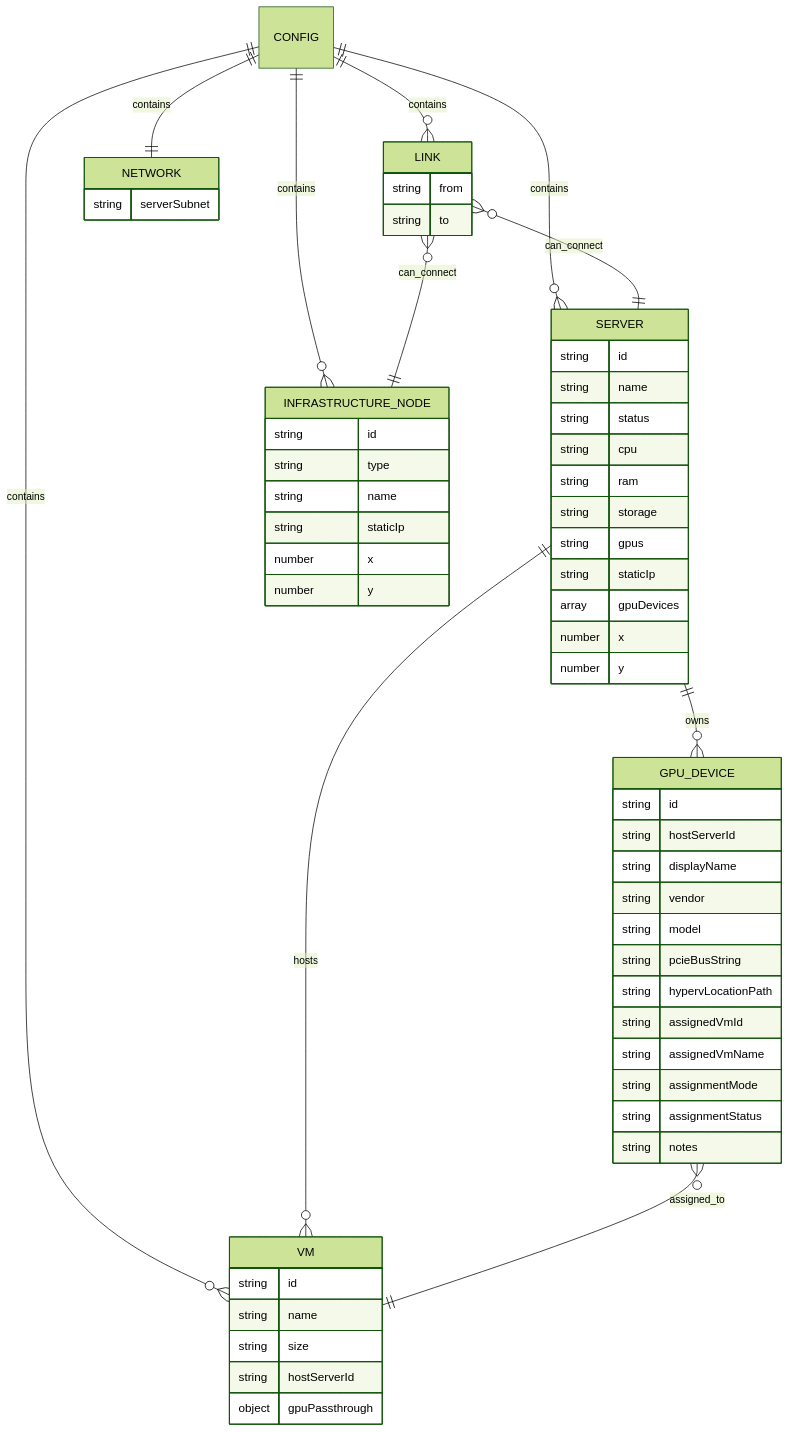
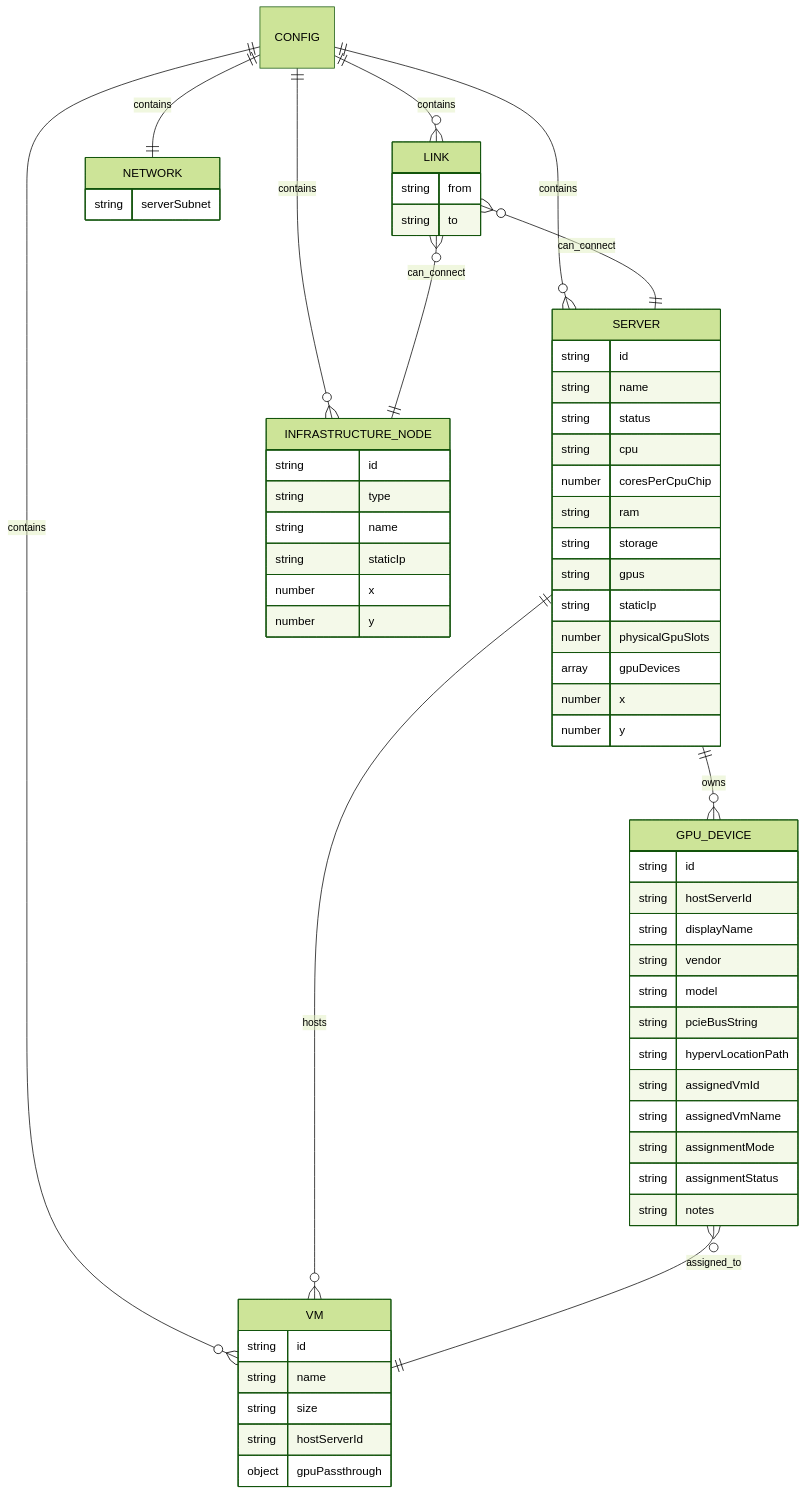
Before and after one commit to hikari-u2/data-center-sim: the second of 3 diagrams in README.md, drawn with Mermaid (forest theme). The commit also changed other lines of this file and 3 other files, not shown here.

````diff
--- a/README.md
+++ b/README.md
@@ -33,68 +33,70 @@
 ```mermaid
 erDiagram
   CONFIG ||--o{ SERVER : contains
   CONFIG ||--o{ VM : contains
   CONFIG ||--o{ INFRASTRUCTURE_NODE : contains
   CONFIG ||--o{ LINK : contains
   CONFIG ||--|| NETWORK : contains
   SERVER ||--o{ VM : hosts
   SERVER ||--o{ GPU_DEVICE : owns
   GPU_DEVICE }o--|| VM : assigned_to
   LINK }o--|| SERVER : can_connect
   LINK }o--|| INFRASTRUCTURE_NODE : can_connect
 
   NETWORK {
     string serverSubnet
   }
 
   SERVER {
     string id
     string name
     string status
     string cpu
+    number coresPerCpuChip
     string ram
     string storage
     string gpus
     string staticIp
+    number physicalGpuSlots
     array gpuDevices
     number x
     number y
   }
 
   VM {
     string id
     string name
     string size
     string hostServerId
     object gpuPassthrough
   }
 
   GPU_DEVICE {
     string id
     string hostServerId
     string displayName
     string vendor
     string model
     string pcieBusString
     string hypervLocationPath
     string assignedVmId
     string assignedVmName
     string assignmentMode
     string assignmentStatus
     string notes
   }
 
   INFRASTRUCTURE_NODE {
     string id
     string type
     string name
     string staticIp
     number x
     number y
   }
 
   LINK {
     string from
     string to
   }
 ```
````
